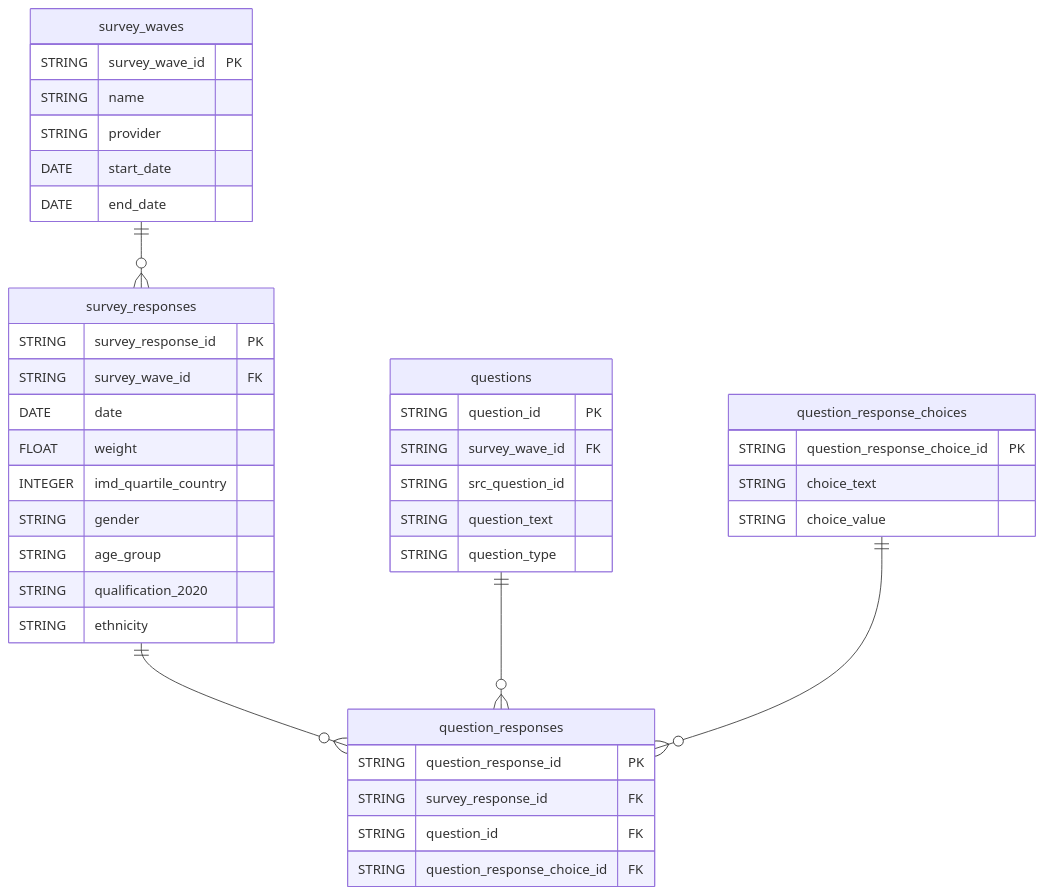
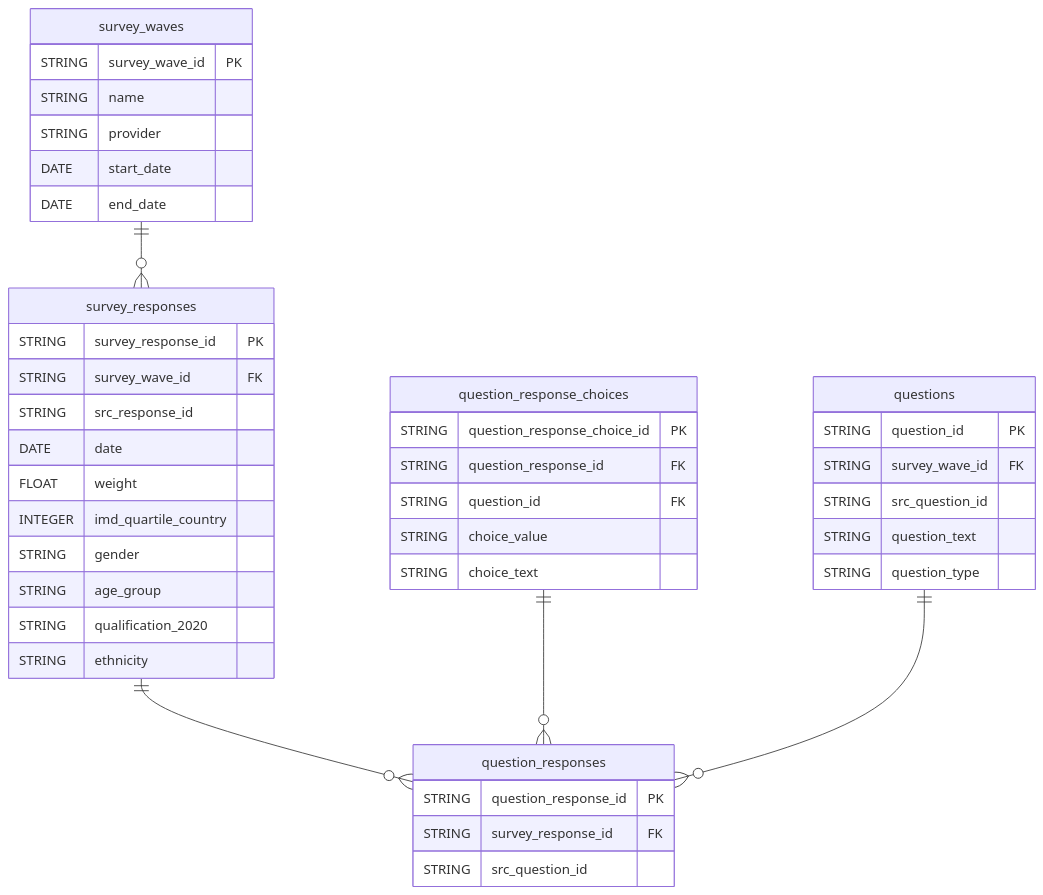
Before and after one commit to alphagov/govuk-polling-dataform: the diagram in README.md, drawn with Mermaid. The commit also changed 7 other files, not shown here.

````diff
--- a/README.md
+++ b/README.md
@@ -13,48 +13,50 @@
 ```mermaid
 erDiagram
     survey_waves {
         STRING survey_wave_id PK
         STRING name
         STRING provider
         DATE start_date
         DATE end_date
     }
 
     survey_responses {
         STRING survey_response_id PK
         STRING survey_wave_id FK
+        STRING src_response_id
         DATE date
         FLOAT weight
         INTEGER imd_quartile_country
         STRING gender
         STRING age_group
         STRING qualification_2020
         STRING ethnicity
     }
 
     question_responses {
         STRING question_response_id PK
         STRING survey_response_id FK
-        STRING question_id FK
-        STRING question_response_choice_id FK
+        STRING src_question_id
     }
 
     questions {
         STRING question_id PK
         STRING survey_wave_id FK
         STRING src_question_id
         STRING question_text
         STRING question_type
     }
 
     question_response_choices {
         STRING question_response_choice_id PK
+        STRING question_response_id FK
+        STRING question_id FK
+        STRING choice_value
         STRING choice_text
-        STRING choice_value
     }
 
     survey_waves ||--o{ survey_responses : ""
     survey_responses ||--o{ question_responses : ""
+    question_response_choices ||--o{ question_responses : ""
     questions ||--o{ question_responses : ""
-    question_response_choices ||--o{ question_responses : ""
 ```
````
